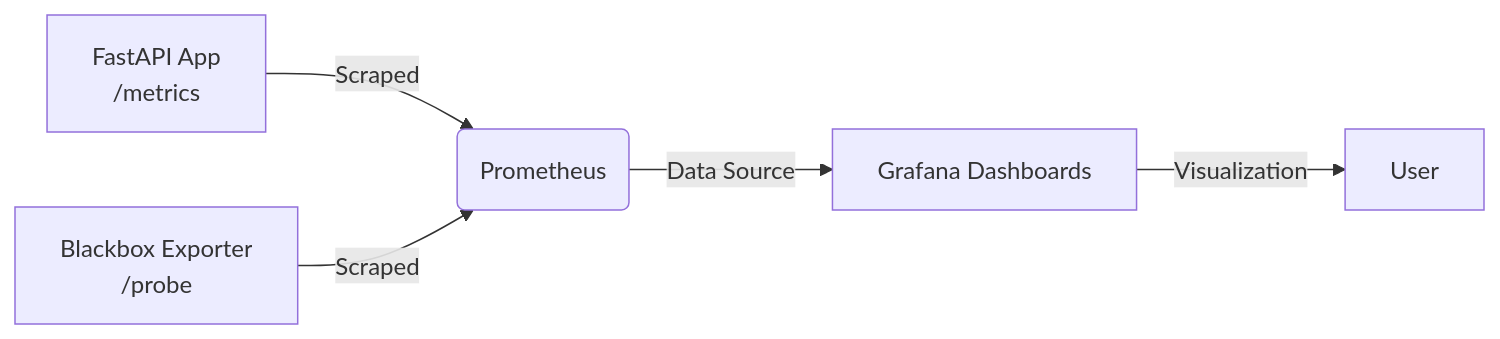
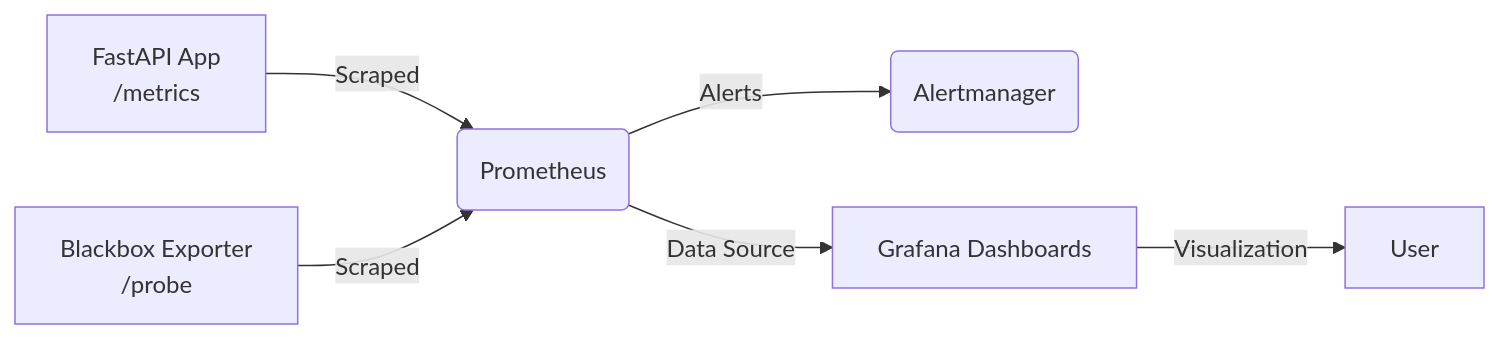
Before and after one commit to Franklindot04/prometheus-grafana-sre-project-Franklin: the diagram in README.md, drawn with Mermaid. The commit also changed other lines of this file and 7 other files, not shown here.

````diff
--- a/README.md
+++ b/README.md
@@ -5,7 +27,8 @@
 ```mermaid
 flowchart LR
     A[FastAPI App<br/>/metrics] -->|Scraped| B(Prometheus)
     C[Blackbox Exporter<br/>/probe] -->|Scraped| B
+    B -->|Alerts| F(Alertmanager)
     B -->|Data Source| D[Grafana Dashboards]
     D -->|Visualization| E[User]
 ```
````
